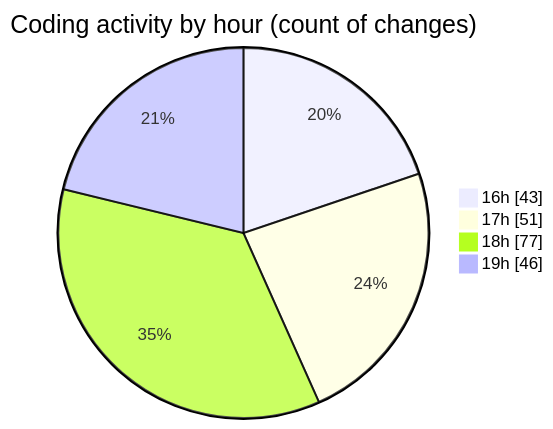
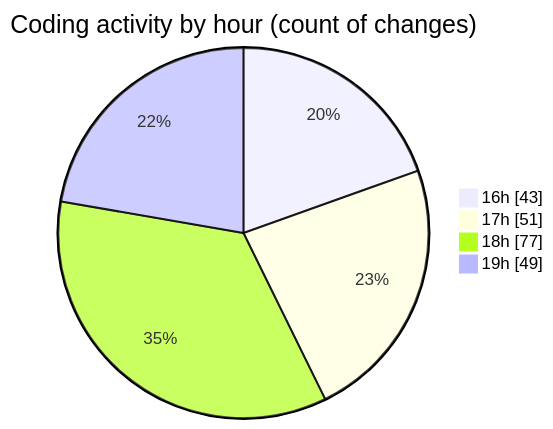
One commit to momahboobian/code-tracking changed the second of 2 diagrams in 2026-11-13/broadcaster-v6-feature/README.md. Above: the diagram before and after it, drawn with Mermaid. The commit also changed other lines of this file and 1 other file, not shown here.

````diff
--- a/2026-11-13/broadcaster-v6-feature/README.md
+++ b/2026-11-13/broadcaster-v6-feature/README.md
@@ -95,8 +95,8 @@
 ```mermaid
 pie showData
 title Coding activity by hour (count of changes)
 "16h" : 43
 "17h" : 51
 "18h" : 77
-"19h" : 46
+"19h" : 49
 ```
````
